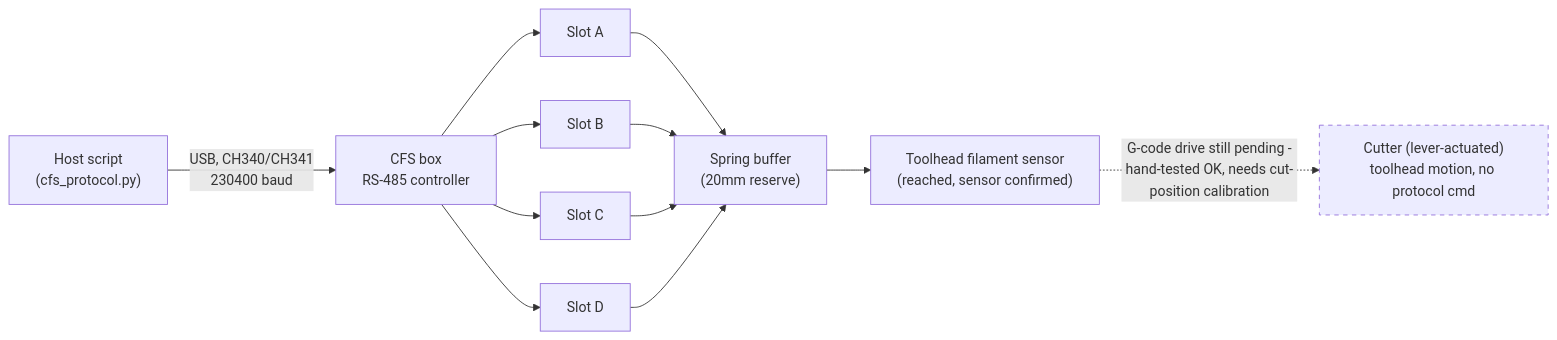
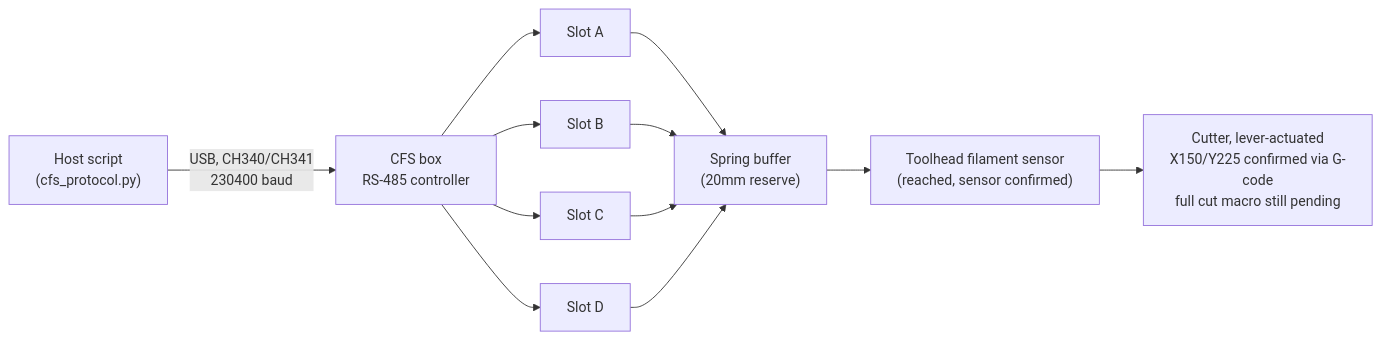
Before and after one commit to tomaspakosta/k1c-cfs-klipper: the first of 2 diagrams in README.md, drawn with Mermaid. The commit also changed other lines of this file and 1 other file, not shown here.

First line of the commit message:
Cut position calibrated and confirmed reproducible via pure G-code

````diff
--- a/README.md
+++ b/README.md
@@ -140,13 +140,11 @@
 ```mermaid
 graph LR
     Host["Host script<br/>(cfs_protocol.py)"] -->|USB, CH340/CH341<br/>230400 baud| Box["CFS box<br/>RS-485 controller"]
     Box --> A["Slot A"]
     Box --> B["Slot B"]
     Box --> C["Slot C"]
     Box --> D["Slot D"]
     A & B & C & D --> Buffer["Spring buffer<br/>(20mm reserve)"]
     Buffer --> Sensor["Toolhead filament sensor<br/>(reached, sensor confirmed)"]
-    Sensor -.->|G-code drive still pending -<br/>hand-tested OK, needs cut-position calibration| Cutter["Cutter (lever-actuated)<br/>toolhead motion, no protocol cmd"]
-
-    style Cutter stroke-dasharray: 5 5
+    Sensor --> Cutter["Cutter, lever-actuated<br/>X150/Y225 confirmed via G-code<br/>full cut macro still pending"]
 ```
````
